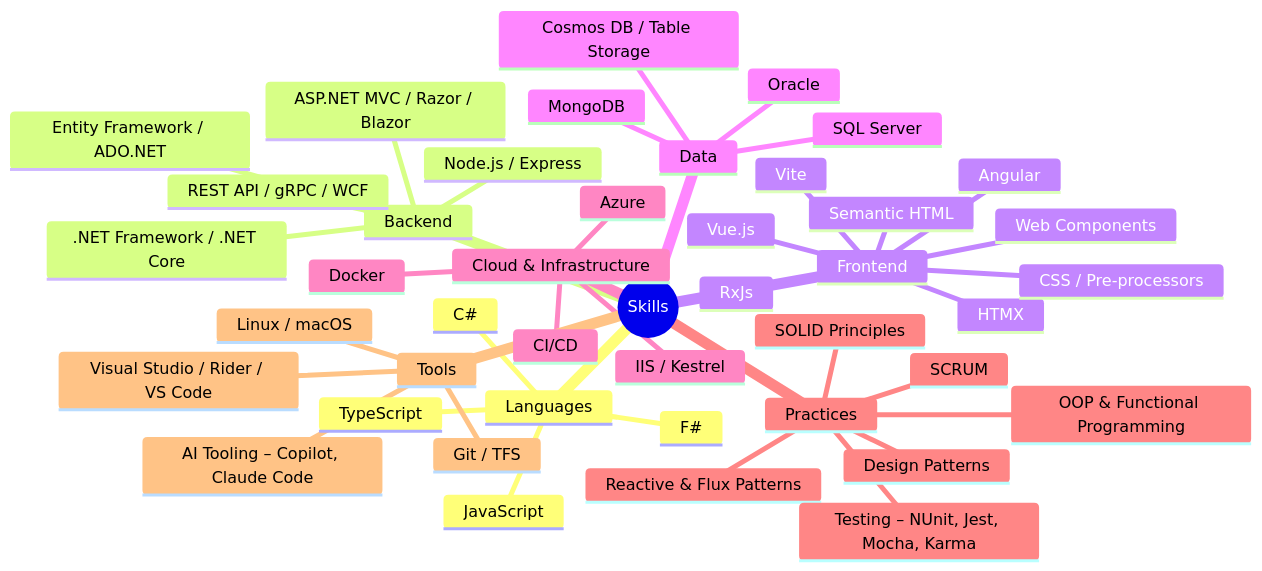
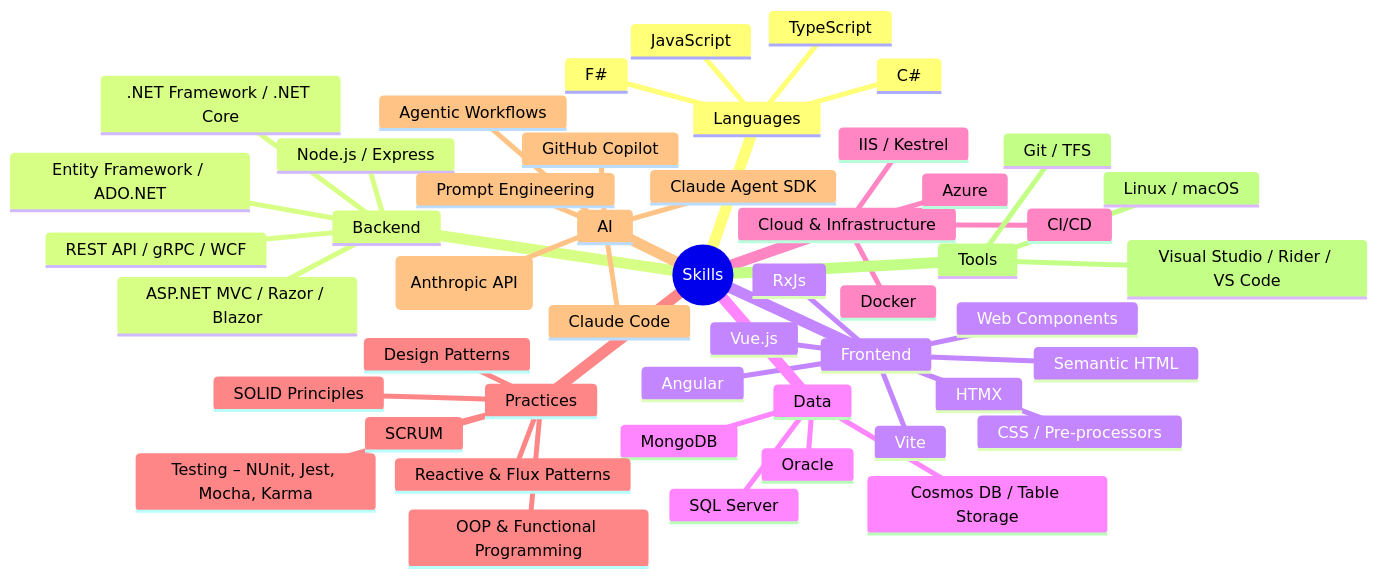
Before and after one commit to xxnickles/me.site: the second of 2 diagrams in resume/README.md, drawn with Mermaid. The commit also changed other lines of this file and 4 other files, not shown here.

````diff
--- a/resume/README.md
+++ b/resume/README.md
@@ -31,46 +31,52 @@
 ```mermaid
 mindmap
   root((Skills))
     Languages
       C#
       F#
       JavaScript
       TypeScript
     Backend
       .NET Framework / .NET Core
       ASP.NET MVC / Razor / Blazor
       REST API / gRPC / WCF
       Entity Framework / ADO.NET
       Node.js / Express
     Frontend
       Angular
       Vue.js
       RxJs
       HTMX
       Web Components
       Vite
       CSS / Pre-processors
       Semantic HTML
     Data
       SQL Server
       MongoDB
       Cosmos DB / Table Storage
       Oracle
     Cloud & Infrastructure
       Azure
       Docker
       IIS / Kestrel
       CI/CD
     Practices
       SOLID Principles
       Design Patterns
       OOP & Functional Programming
       Reactive & Flux Patterns
       SCRUM
       Testing – NUnit, Jest, Mocha, Karma
+    AI
+      Claude Code
+      Claude (Anthropic API)
+      Claude Agent SDK
+      GitHub Copilot
+      Prompt Engineering
+      Agentic Workflows
     Tools
       Git / TFS
       Visual Studio / Rider / VS Code
-      AI Tooling – Copilot, Claude Code
       Linux / macOS
 ```
````
